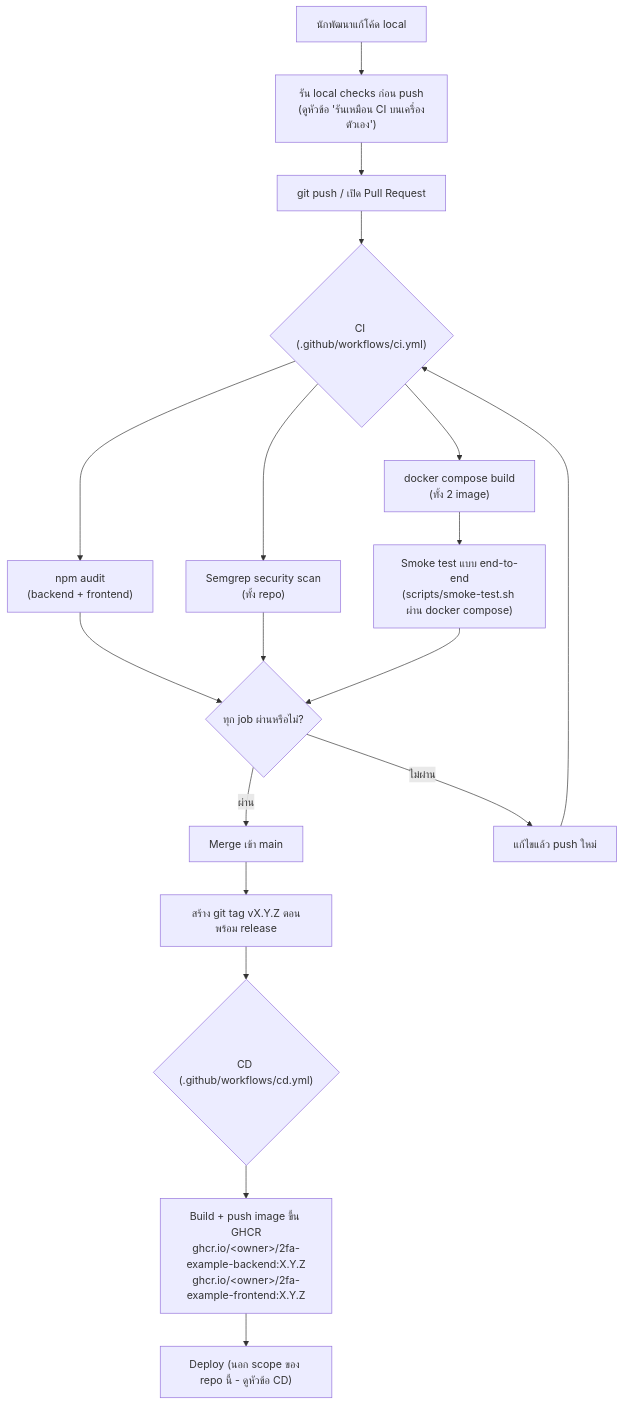
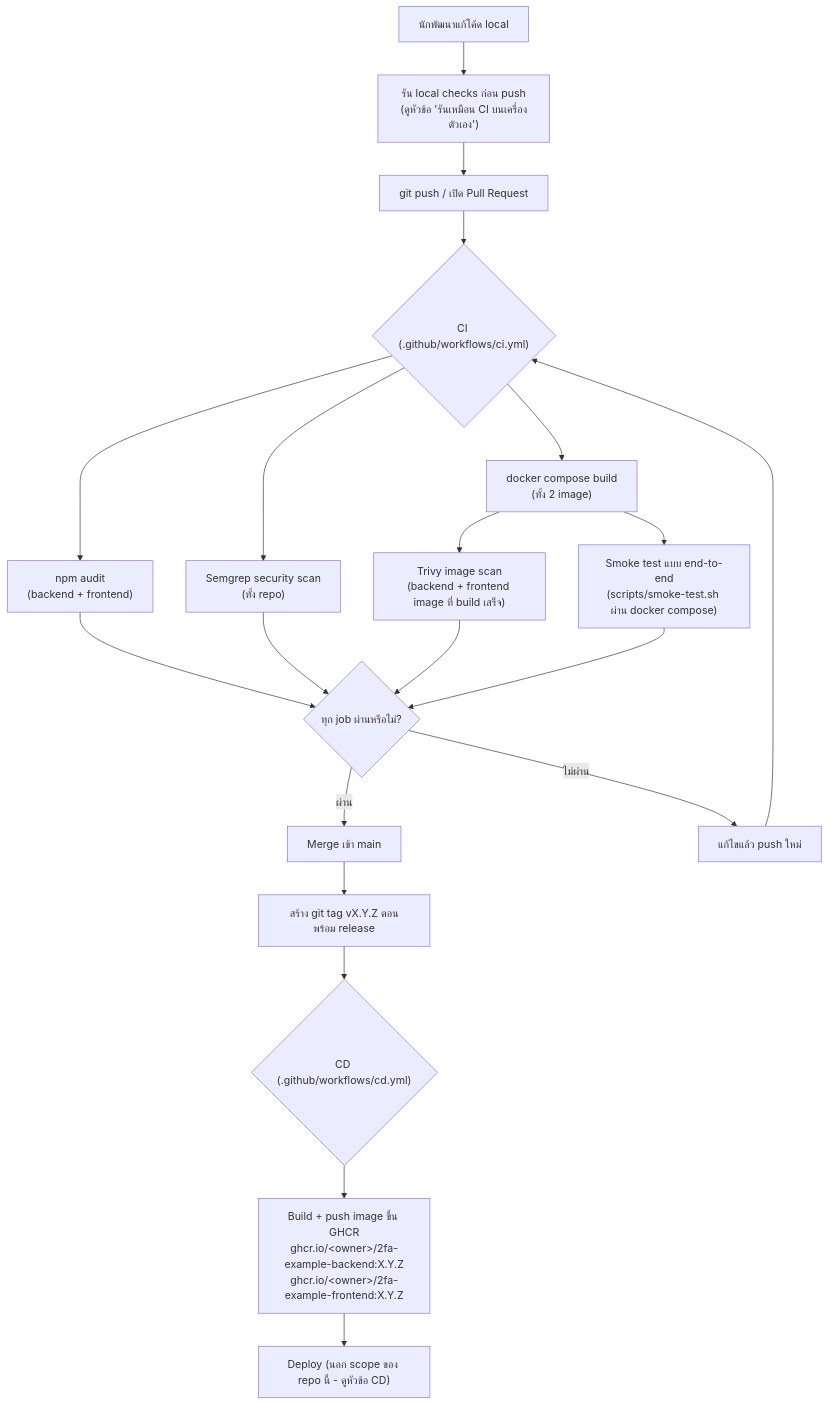
Before and after one commit to nuttkku/2FA-example-coding: the diagram in CI-CD.md, drawn with Mermaid. The commit also changed other lines of this file and 11 other files, not shown here.

First line of the commit message:
Add Trivy image scanning, default test accounts for both RBAC roles, and CREDIT.md

````diff
--- a/CI-CD.md
+++ b/CI-CD.md
@@ -11,24 +11,26 @@
 ```mermaid
 flowchart TD
     Dev["นักพัฒนาแก้โค้ด local"] --> Local["รัน local checks ก่อน push<br/>(ดูหัวข้อ 'รันเหมือน CI บนเครื่องตัวเอง')"]
     Local --> Push["git push / เปิด Pull Request"]
 
     Push --> CI{"CI (.github/workflows/ci.yml)"}
     CI --> Audit["npm audit<br/>(backend + frontend)"]
     CI --> Scan["Semgrep security scan<br/>(ทั้ง repo)"]
     CI --> Build["docker compose build<br/>(ทั้ง 2 image)"]
+    Build --> ImageScan["Trivy image scan<br/>(backend + frontend image ที่ build เสร็จ)"]
     Build --> Smoke["Smoke test แบบ end-to-end<br/>(scripts/smoke-test.sh ผ่าน docker compose)"]
 
     Audit --> Gate{"ทุก job ผ่านหรือไม่?"}
     Scan --> Gate
+    ImageScan --> Gate
     Smoke --> Gate
 
     Gate -->|ผ่าน| Merge["Merge เข้า main"]
     Gate -->|ไม่ผ่าน| Fix["แก้ไขแล้ว push ใหม่"]
     Fix --> CI
 
     Merge --> Tag["สร้าง git tag vX.Y.Z ตอนพร้อม release"]
     Tag --> CD{"CD (.github/workflows/cd.yml)"}
     CD --> Publish["Build + push image ขึ้น GHCR<br/>ghcr.io/&lt;owner&gt;/2fa-example-backend:X.Y.Z<br/>ghcr.io/&lt;owner&gt;/2fa-example-frontend:X.Y.Z"]
     Publish --> Deploy["Deploy (นอก scope ของ repo นี้ - ดูหัวข้อ CD)"]
 ```
````
